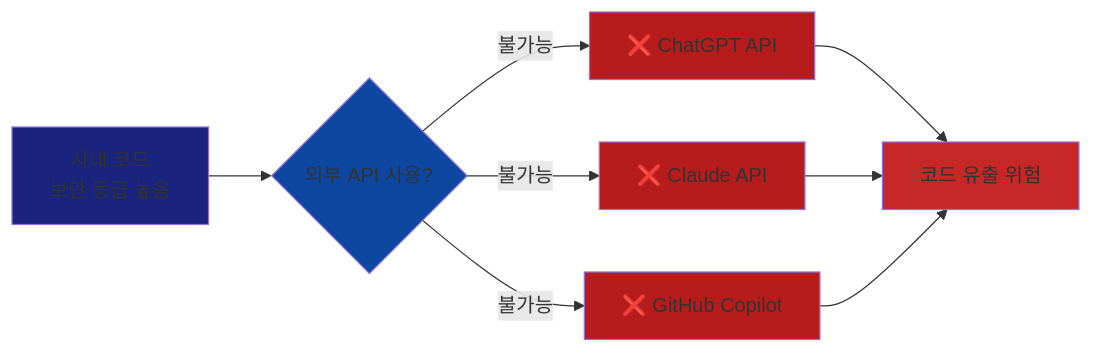
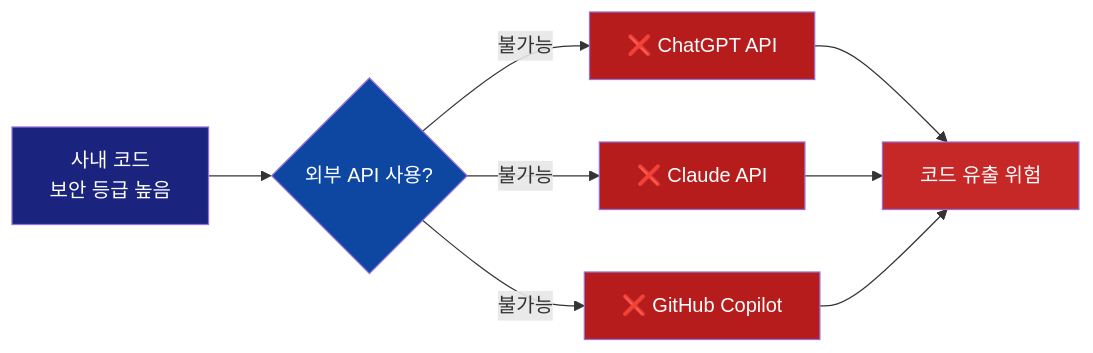
Before and after one commit to ApeachM/llm-code-reviewer: the first of 15 diagrams in docs/PROJECT_OVERVIEW.md, drawn with Mermaid. The commit also changed other lines of this file and 2 other files, not shown here.

First line of the commit message:
docs: Update Mermaid diagram colors for improved dark theme readability

````diff
--- a/docs/PROJECT_OVERVIEW.md
+++ b/docs/PROJECT_OVERVIEW.md
@@ -43,18 +43,18 @@
 ```mermaid
 graph LR
     A[사내 코드<br/>보안 등급 높음] --> B{외부 API 사용?}
     B -->|불가능| C[❌ ChatGPT API]
     B -->|불가능| D[❌ Claude API]
     B -->|불가능| E[❌ GitHub Copilot]
 
     C --> F[코드 유출 위험]
     D --> F
     E --> F
 
-    style A fill:#1a237e
-    style B fill:#0d47a1
-    style C fill:#b71c1c
-    style D fill:#b71c1c
-    style E fill:#b71c1c
-    style F fill:#c62828
+    style A fill:#1a237e,color:#fff
+    style B fill:#0d47a1,color:#fff
+    style C fill:#b71c1c,color:#fff
+    style D fill:#b71c1c,color:#fff
+    style E fill:#b71c1c,color:#fff
+    style F fill:#c62828,color:#fff
 ```
````
